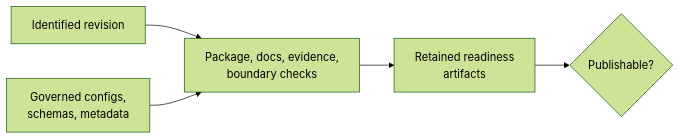
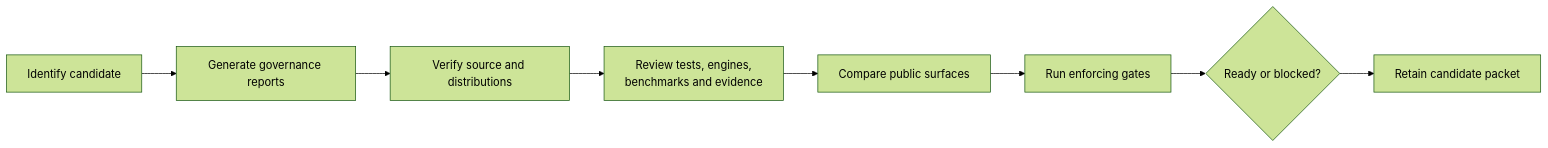
The diagram in docs/01-bijux-phylogenetics/quality/release-review-workflow.md (bijux/bijux-phylogenetics), drawn with Mermaid (forest theme) before and after one commit. The commit also changed other lines of this file and 4 other files, not shown here.

````diff
--- a/docs/01-bijux-phylogenetics/quality/release-review-workflow.md
+++ b/docs/01-bijux-phylogenetics/quality/release-review-workflow.md
@@ -17,11 +17,13 @@
 ```mermaid
 flowchart LR
-    revision["Identified revision"]
-    inputs["Governed configs,<br/>schemas, metadata"]
-    checks["Package, docs, evidence,<br/>boundary checks"]
-    reports["Retained readiness<br/>artifacts"]
-    decision{"Publishable?"}
+    identify["Identify candidate"]
+    report["Generate governance reports"]
+    verify["Verify source and distributions"]
+    assure["Review tests, engines,<br/>benchmarks and evidence"]
+    compare["Compare public surfaces"]
+    enforce["Run enforcing gates"]
+    decide{"Ready or blocked?"}
+    retain["Retain candidate packet"]
 
-    revision --> checks
-    inputs --> checks --> reports --> decision
+    identify --> report --> verify --> assure --> compare --> enforce --> decide --> retain
 ```
````
